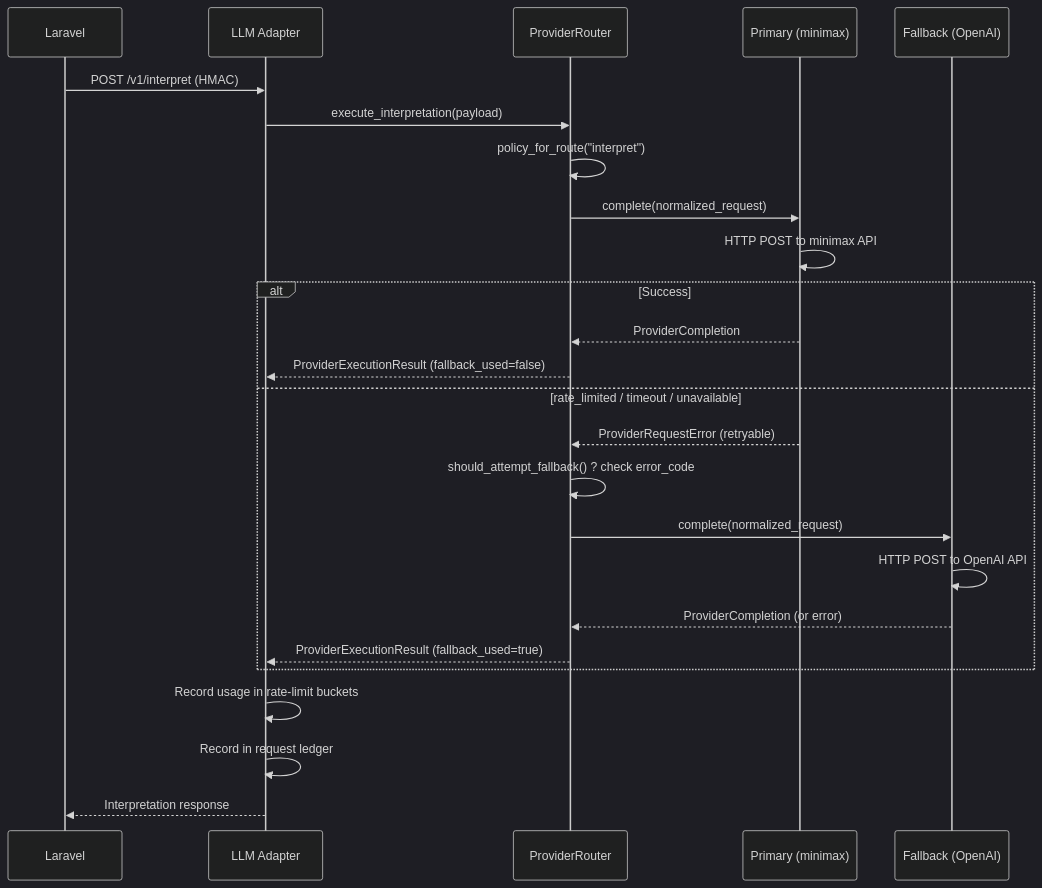
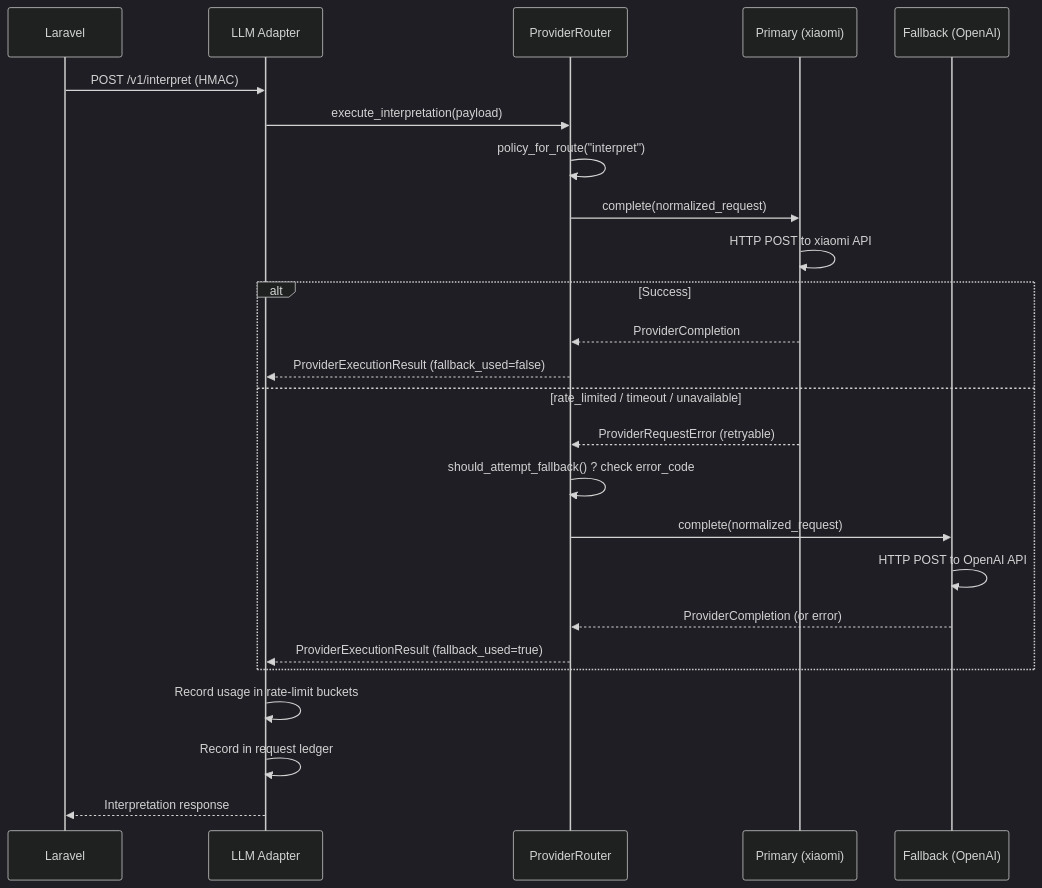
The third of 4 diagrams in INTEGRATION_MAPPING.md (akmalhasan19/klass-mobile), drawn with Mermaid (dark theme) before and after one commit. The commit also changed other lines of this file and 32 other files, not shown here.

````diff
--- a/INTEGRATION_MAPPING.md
+++ b/INTEGRATION_MAPPING.md
@@ -177,30 +177,30 @@
 ```mermaid
 sequenceDiagram
     participant Laravel
     participant Adapter as LLM Adapter
     participant Router as ProviderRouter
-    participant Primary as Primary (minimax)
+    participant Primary as Primary (xiaomi)
     participant Fallback as Fallback (OpenAI)
 
     Laravel->>Adapter: POST /v1/interpret (HMAC)
     Adapter->>Router: execute_interpretation(payload)
     Router->>Router: policy_for_route("interpret")
     Router->>Primary: complete(normalized_request)
 
-    Primary->>Primary: HTTP POST to minimax API
+    Primary->>Primary: HTTP POST to xiaomi API
     alt Success
         Primary-->>Router: ProviderCompletion
         Router-->>Adapter: ProviderExecutionResult (fallback_used=false)
     else rate_limited / timeout / unavailable
         Primary-->>Router: ProviderRequestError (retryable)
         Router->>Router: should_attempt_fallback() ? check error_code
         Router->>Fallback: complete(normalized_request)
         Fallback->>Fallback: HTTP POST to OpenAI API
         Fallback-->>Router: ProviderCompletion (or error)
         Router-->>Adapter: ProviderExecutionResult (fallback_used=true)
     end
 
     Adapter->>Adapter: Record usage in rate-limit buckets
     Adapter->>Adapter: Record in request ledger
     Adapter-->>Laravel: Interpretation response
 ```
````
